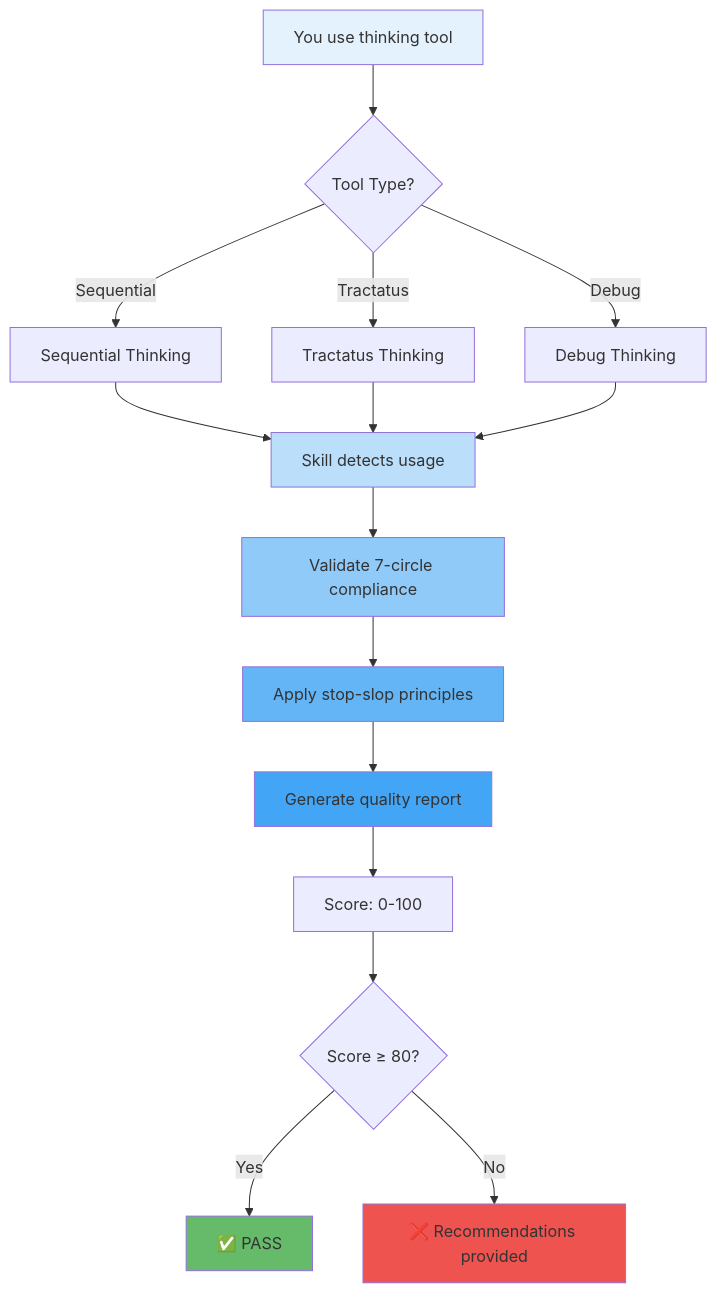
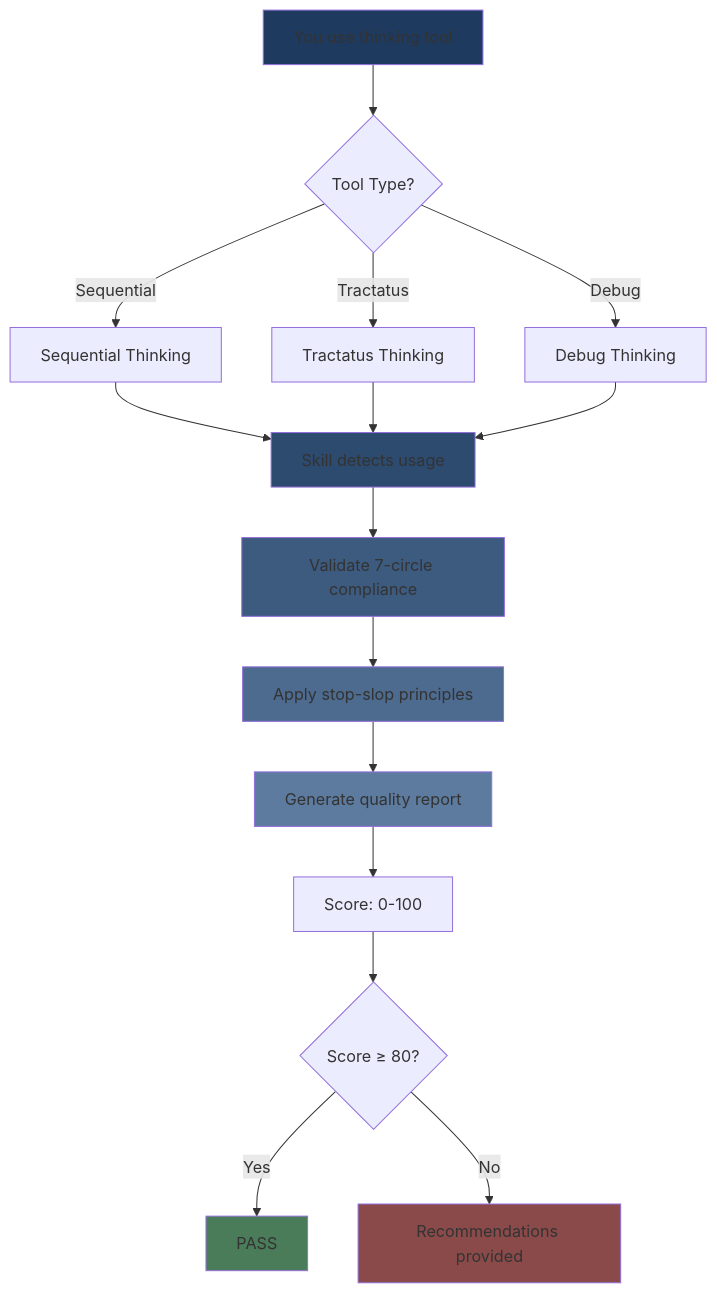
The first of 3 diagrams in README.md (Alot1z/thinking-review-expert), drawn with Mermaid before and after one commit. The commit also changed other lines of this file, not shown here.

Commit message:
fix: darker mermaid colors for GitHub dark theme, remove emoji from titles, add GitHub Pages link

````diff
--- a/README.md
+++ b/README.md
@@ -58,28 +59,28 @@
 ```mermaid
 flowchart TD
     A[You use thinking tool] --> B{Tool Type?}
     B -->|Sequential| C[Sequential Thinking]
     B -->|Tractatus| D[Tractatus Thinking]
     B -->|Debug| E[Debug Thinking]
     
     C --> F[Skill detects usage]
     D --> F
     E --> F
     
     F --> G[Validate 7-circle compliance]
     G --> H[Apply stop-slop principles]
     H --> I[Generate quality report]
     I --> J[Score: 0-100]
     
     J --> K{Score ≥ 80?}
-    K -->|Yes| L[✅ PASS]
-    K -->|No| M[❌ Recommendations provided]
+    K -->|Yes| L[PASS]
+    K -->|No| M[Recommendations provided]
     
-    style A fill:#E3F2FD
-    style F fill:#BBDEFB
-    style G fill:#90CAF9
-    style H fill:#64B5F6
-    style I fill:#42A5F5
-    style L fill:#66BB6A
-    style M fill:#EF5350
+    style A fill:#1e3a5f
+    style F fill:#2d4a6f
+    style G fill:#3d5a7f
+    style H fill:#4d6a8f
+    style I fill:#5d7a9f
+    style L fill:#4a7c59
+    style M fill:#8b4a4a
 ```
````
